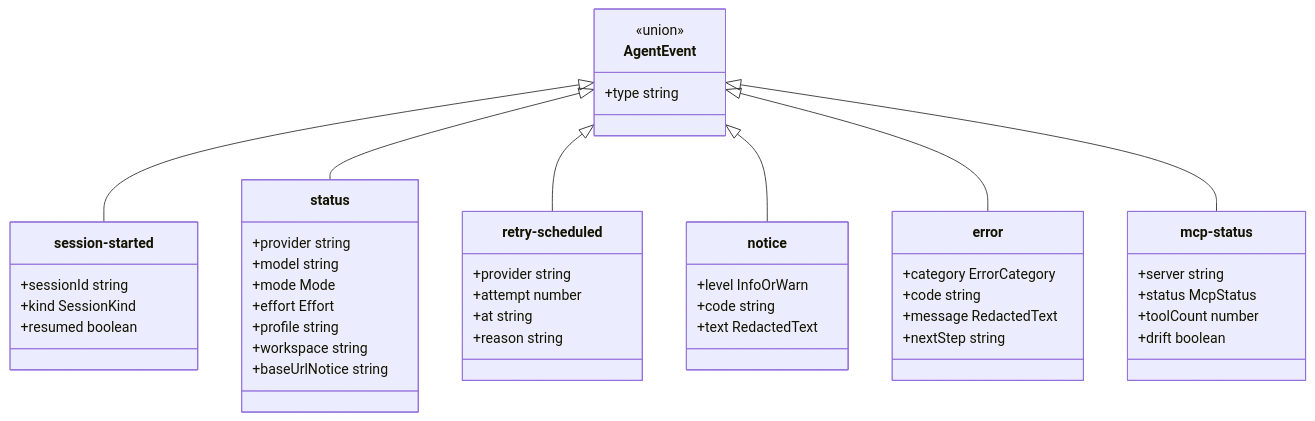
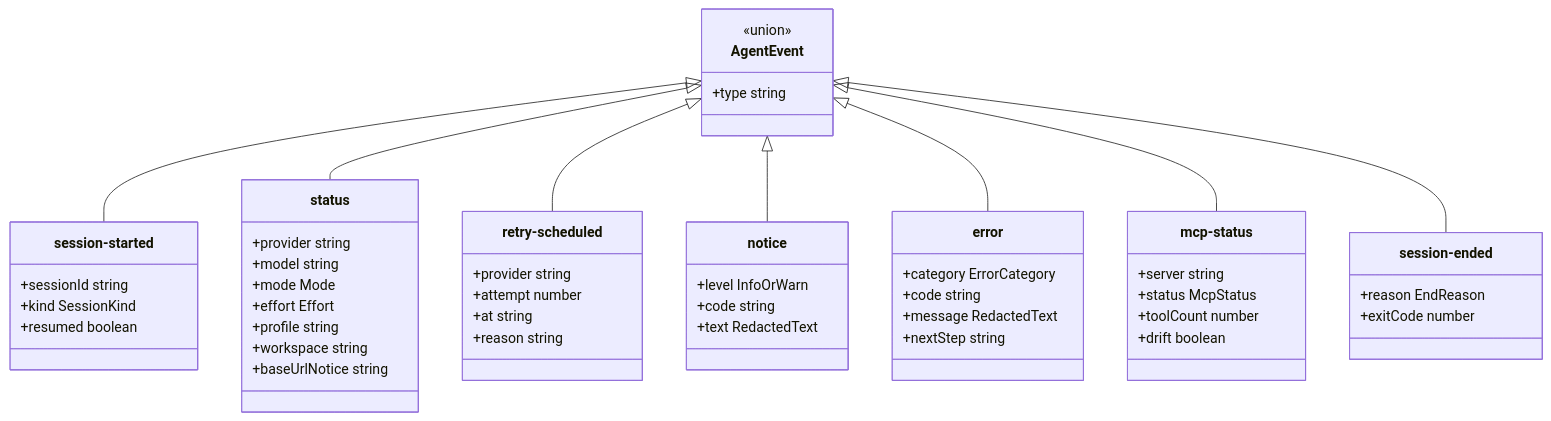
Before and after one commit to Dakshnagpal/antai-agent: diagram 21 of 30 in docs/Deliverables/06_domain_model_uml.md, drawn with Mermaid. The commit also changed other lines of this file and 18 other files, not shown here.

````diff
--- a/docs/Deliverables/06_domain_model_uml.md
+++ b/docs/Deliverables/06_domain_model_uml.md
@@ -1600,50 +1605,55 @@
 ```mermaid
 classDiagram
     class AgentEvent {
         <<union>>
         +type string
     }
     class SessionStarted["session-started"] {
         +sessionId string
         +kind SessionKind
         +resumed boolean
     }
     class Status["status"] {
         +provider string
         +model string
         +mode Mode
         +effort Effort
         +profile string
         +workspace string
         +baseUrlNotice string
     }
     class RetryScheduled["retry-scheduled"] {
         +provider string
         +attempt number
         +at string
         +reason string
     }
     class Notice["notice"] {
         +level InfoOrWarn
         +code string
         +text RedactedText
     }
     class ErrorEv["error"] {
         +category ErrorCategory
         +code string
         +message RedactedText
         +nextStep string
     }
     class McpStatusEv["mcp-status"] {
         +server string
         +status McpStatus
         +toolCount number
         +drift boolean
     }
+    class SessionEnded["session-ended"] {
+        +reason EndReason
+        +exitCode number
+    }
     AgentEvent <|-- SessionStarted
     AgentEvent <|-- Status
     AgentEvent <|-- RetryScheduled
     AgentEvent <|-- Notice
     AgentEvent <|-- ErrorEv
     AgentEvent <|-- McpStatusEv
+    AgentEvent <|-- SessionEnded
 ```
````
